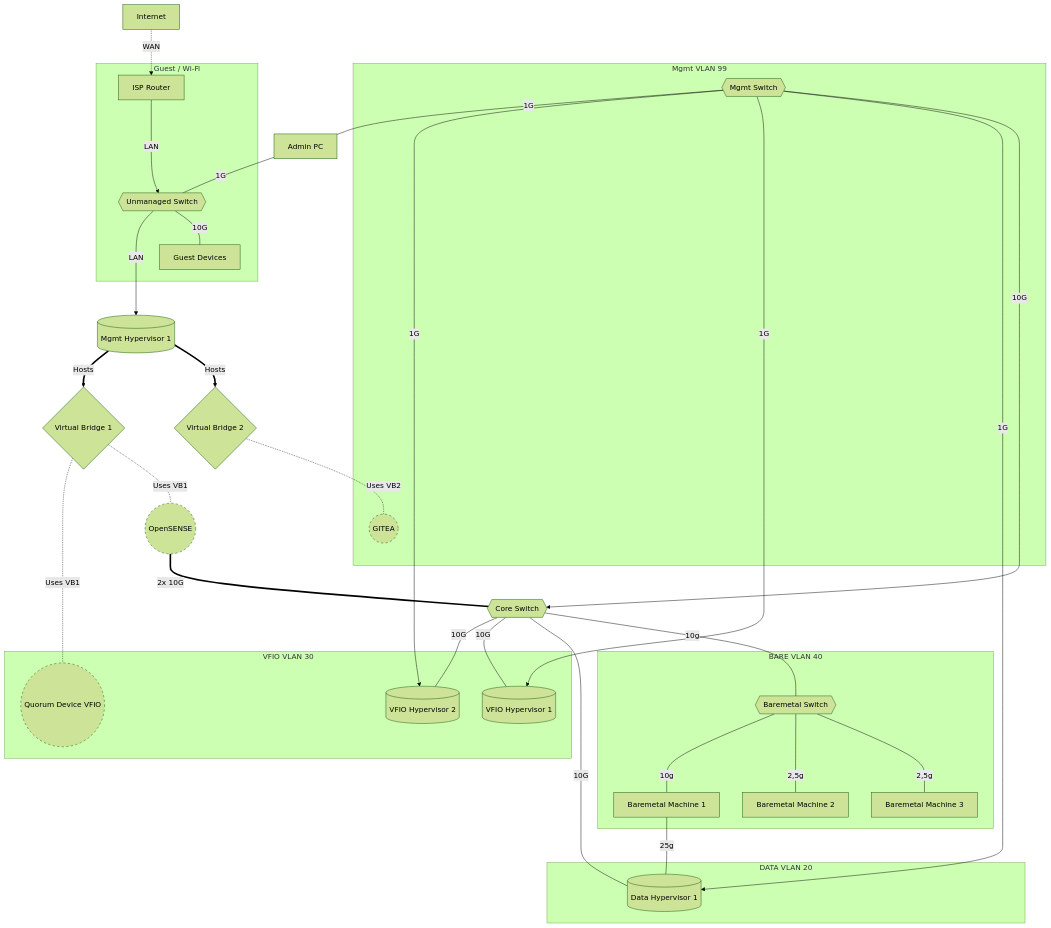
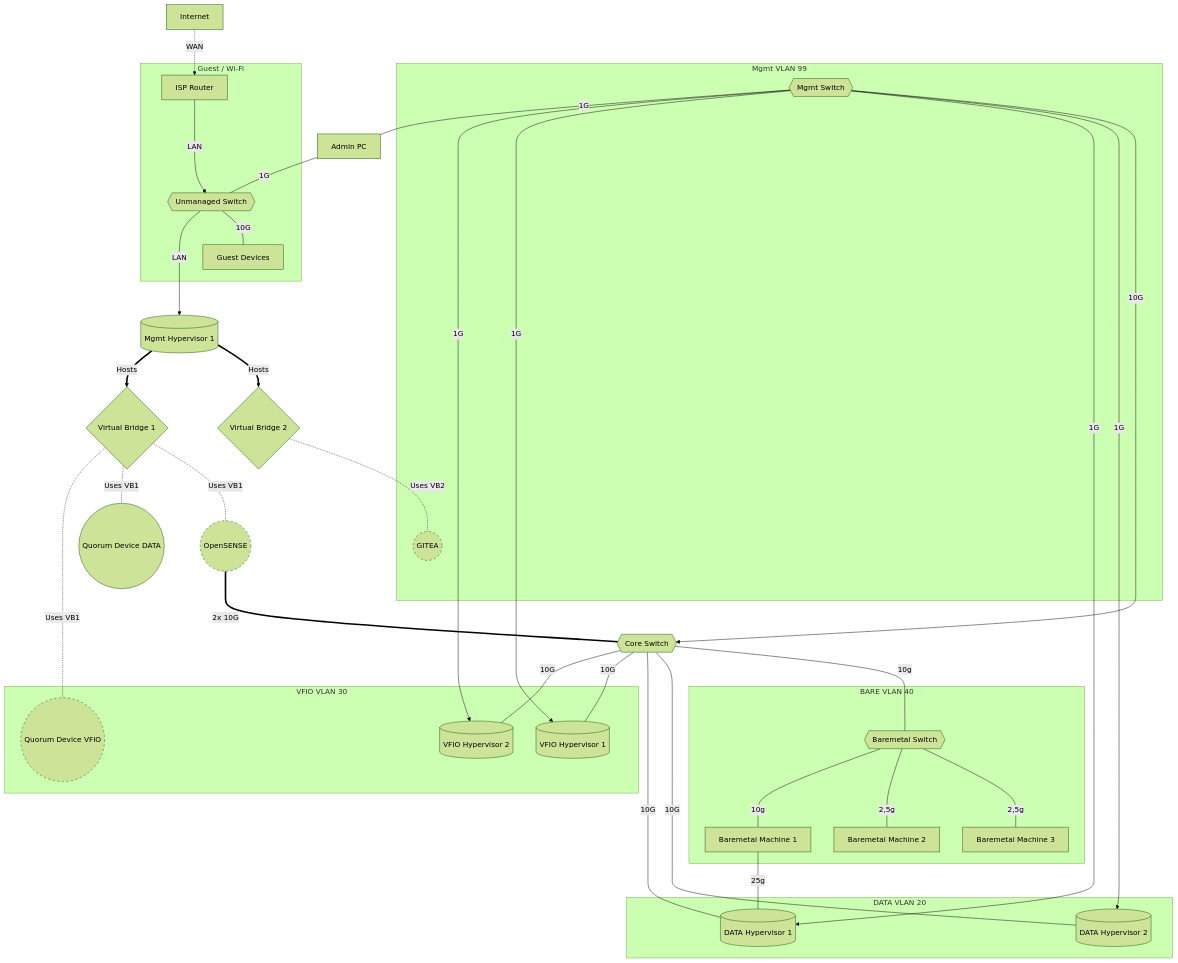
The diagram in alp/netop.md (woeiru/lab), drawn with Mermaid (forest theme) before and after one commit.

Commit message:
alp/netop.md: add QDD and DH2 back to diagram

````diff
--- a/alp/netop.md
+++ b/alp/netop.md
@@ -3,53 +3,57 @@
 ```mermaid
 graph TD
     INT[Internet] -.-> |WAN| ISPR[ISP Router]
     ISPR ---> |LAN| US
     US{{Unmanaged Switch}} ---> |LAN| MH1[(Mgmt Hypervisor 1)]
     VB1{Virtual Bridge 1} -.- |"Uses VB1"| QDV((Quorum Device VFIO))
+    VB1{Virtual Bridge 1} -.- |"Uses VB1"| QDD((Quorum Device DATA))
     VB1 -.- |"Uses VB1"| OPN((OpenSENSE))
     OPN ===|"2x 10G"| CS{{Core Switch}}
     MS{{Mgmt Switch}} ---|"1G"| APC[Admin PC]
     APC ---|"1G"| US
     MH1 ==>|"Hosts"| VB1
     MH1 ==>|"Hosts"| VB2{Virtual Bridge 2}
     VB2 -.- |"Uses VB2"| GIT((GITEA))
     CS ---|"10G"| VH2[(VFIO Hypervisor 2)]
     MS --->|"1G"| VH2
     US ---|"10G"| GD[Guest Devices]
     CS ---|"10G"| VH1[(VFIO Hypervisor 1)]
     MS --->|"1G"| VH1
-    CS ---|"10G"| DH1[(Data Hypervisor 1)]
+    CS ---|"10G"| DH1[(DATA Hypervisor 1)]
+    CS ---|"10G"| DH2[(DATA Hypervisor 2)]
     MS --->|"1G"| DH1
+    MS --->|"1G"| DH2
     MS --->|"10G"| CS
     CS ---|"10g"| BMS{{Baremetal Switch}}
     BMS ---|"10g"| BM1[Baremetal Machine 1]
     BM1 ---|"25g"| DH1
     BMS ---|"2,5g"| BM2[Baremetal Machine 2]
     BMS ---|"2,5g"| BM3[Baremetal Machine 3]
     subgraph VLAN20 [DATA VLAN 20]
         DH1
+        DH2
     end
     subgraph VLAN30 [VFIO VLAN 30]
         VH1
         VH2
         QDV
     end
     subgraph VLAN40 [BARE VLAN 40]
        BMS
        BM1 
        BM2 
        BM3 
     end
 
     subgraph VLAN99 [Mgmt VLAN 99]
         MS
         GIT
     end
     subgraph Guest [Guest / Wi-Fi]
         ISPR
         GD
         US
     end
     classDef punctuated stroke-dasharray: 5 5;
     class GIT,QDV,OPN punctuated;
 ```
````
